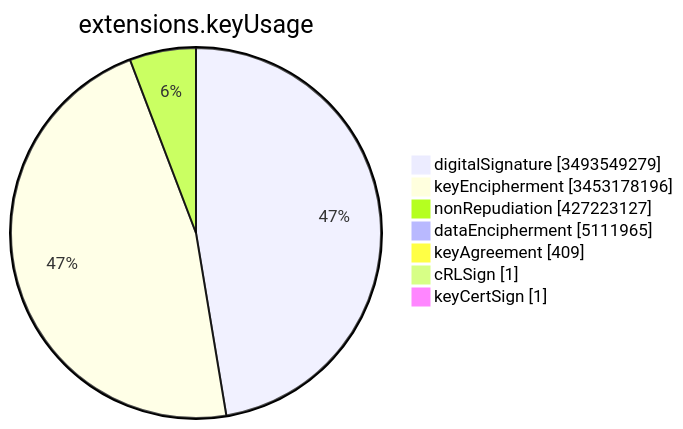
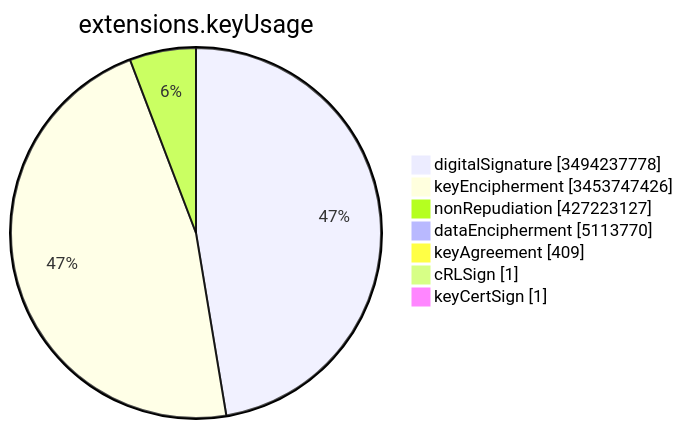
The sixth of 15 diagrams in TOTAL/README.md (christiankrug/ctmonitor_visualization), drawn with Mermaid before and after one commit. The commit also changed other lines of this file, not shown here.

````diff
--- a/TOTAL/README.md
+++ b/TOTAL/README.md
@@ -3083,11 +3083,11 @@
 ```mermaid
 pie showData
 title extensions.keyUsage
-"digitalSignature" :3493549279
-"keyEncipherment" :3453178196
+"digitalSignature" :3494237778
+"keyEncipherment" :3453747426
 "nonRepudiation" :427223127
-"dataEncipherment" :5111965
+"dataEncipherment" :5113770
 "keyAgreement" :409
 "cRLSign" :1
 "keyCertSign" :1
 ```
````
